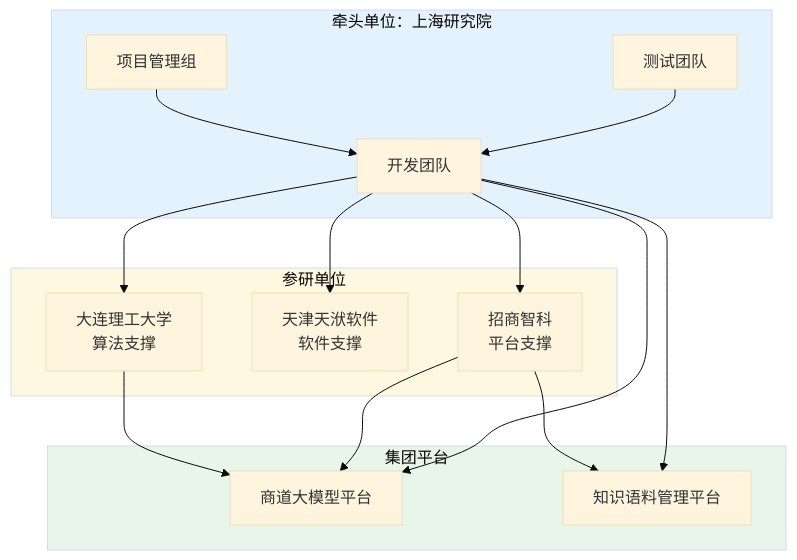
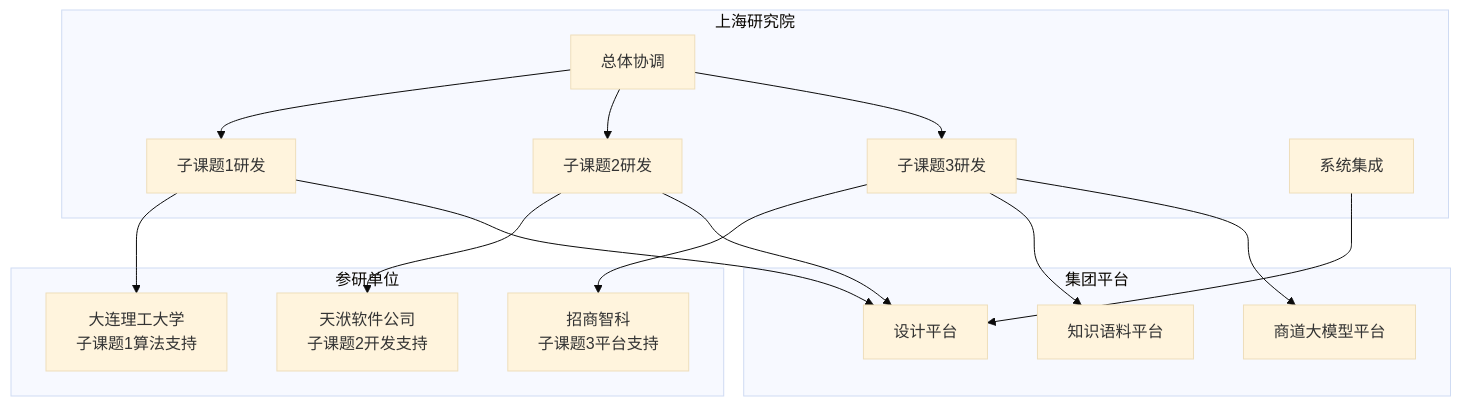
The diagram in generated-drafts/zs-test/ch04-项目建设方案/07-联合研发与平台集成方式.md (ffgzz/official-doc-skills), drawn with Mermaid (base theme) before and after one commit. The commit also changed other lines of this file and 53 other files, not shown here.

````diff
--- a/generated-drafts/zs-test/ch04-项目建设方案/07-联合研发与平台集成方式.md
+++ b/generated-drafts/zs-test/ch04-项目建设方案/07-联合研发与平台集成方式.md
@@ -28,34 +44,34 @@
 ```mermaid
-graph TB
-    subgraph 牵头单位["牵头单位：上海研究院"]
-        PM[项目管理组]
-        DEV[开发团队]
-        QA[测试团队]
+flowchart TB
+    subgraph 牵头单位["上海研究院"]
+        S1[总体协调]
+        S2[子课题1研发]
+        S3[子课题2研发]
+        S4[子课题3研发]
+        S5[系统集成]
     end
     
     subgraph 参研单位["参研单位"]
-        DLUT[大连理工大学<br/>算法支撑]
-        TIANF[天津天洑软件<br/>软件支撑]
-        ZK[招商智科<br/>平台支撑]
+        D1[大连理工大学<br/>子课题1算法支持]
+        T1[天洑软件公司<br/>子课题2开发支持]
+        Z1[招商智科<br/>子课题3平台支持]
     end
     
     subgraph 平台["集团平台"]
-        SHANGDAO[商道大模型平台]
-        YUZHI[知识语料管理平台]
+        P1[知识语料平台]
+        P2[商道大模型平台]
+        P3[设计平台]
     end
     
-    PM --> DEV
-    DEV --> DLUT
-    DEV --> TIANF
-    DEV --> ZK
-    DLUT --> SHANGDAO
-    ZK --> SHANGDAO
-    ZK --> YUZHI
-    DEV --> SHANGDAO
-    DEV --> YUZHI
-    QA --> DEV
-    
-    style 牵头单位 fill:#e3f2fd
-    style 参研单位 fill:#fff8e1
-    style 平台 fill:#e8f5e9
+    S1 --> S2
+    S1 --> S3
+    S1 --> S4
+    S2 --> D1
+    S3 --> T1
+    S4 --> Z1
+    S4 --> P1
+    S4 --> P2
+    S2 --> P3
+    S3 --> P3
+    S5 --> P3
 ```
````
